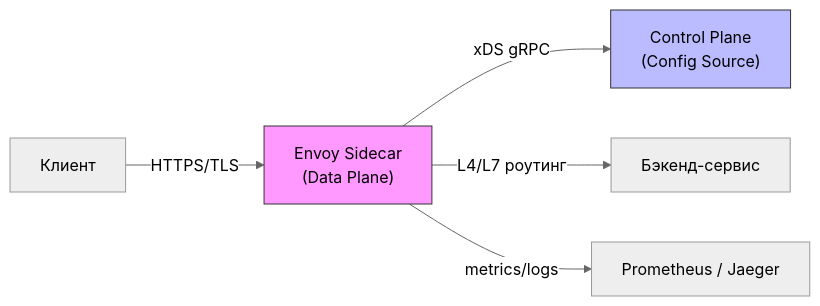
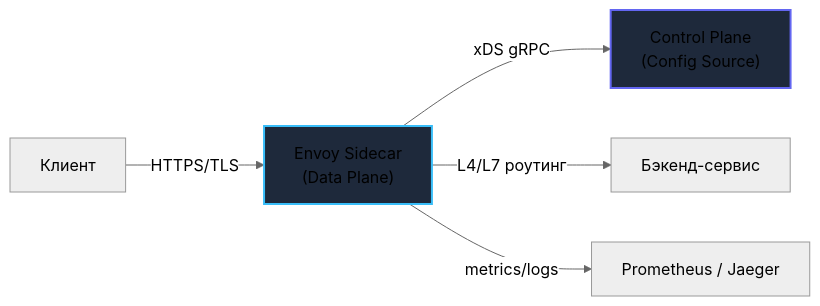
One commit to UnrealTemplier/go-textbook changed the third of 3 diagrams in sources/3. Компьютерные сети и сетевой стек/28. nginx, Envoy и HAProxy. Как работают современные прокси.md. Above: the diagram before and after it, drawn with Mermaid (neutral theme). The commit also changed other lines of this file, not shown here.

Commit message:
feat(module-03): editorial rewrite of Lecture 28 (nginx, Envoy, HAProxy, Zero-Copy, xDS) in Kernighan style

````diff
--- a/sources/3. Компьютерные сети и сетевой стек/28. nginx, Envoy и HAProxy. Как работают современные прокси.md
+++ b/sources/3. Компьютерные сети и сетевой стек/28. nginx, Envoy и HAProxy. Как работают современные прокси.md
@@ -70,10 +115,10 @@
 ```mermaid
 flowchart LR
     Client["Клиент"] -->|"HTTPS/TLS"| Envoy["Envoy Sidecar<br/>(Data Plane)"]
     Envoy -->|"xDS gRPC"| Control["Control Plane<br/>(Config Source)"]
     Envoy -->|"L4/L7 роутинг"| Backend["Бэкенд-сервис"]
     Envoy -->|"metrics/logs"| Observability["Prometheus / Jaeger"]
     
-    style Envoy fill:#f9f,stroke:#333
-    style Control fill:#bbf,stroke:#333
+    style Envoy fill:#1e293b,stroke:#38bdf8,stroke-width:2px
+    style Control fill:#1e293b,stroke:#6366f1,stroke-width:2px
 ```
````
